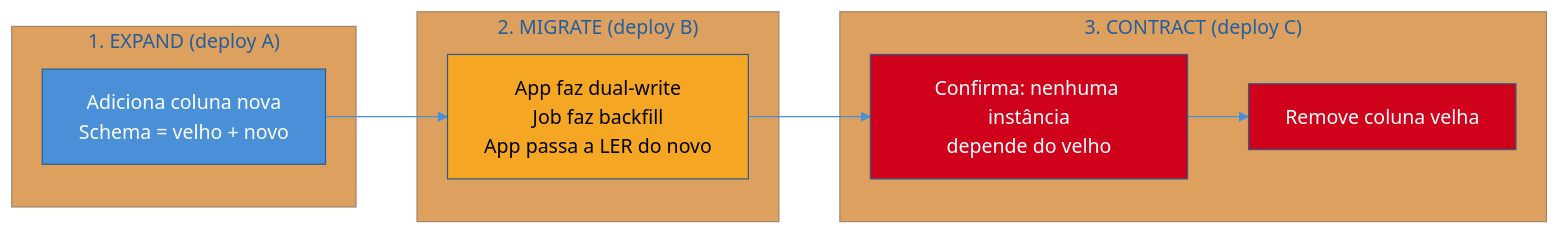
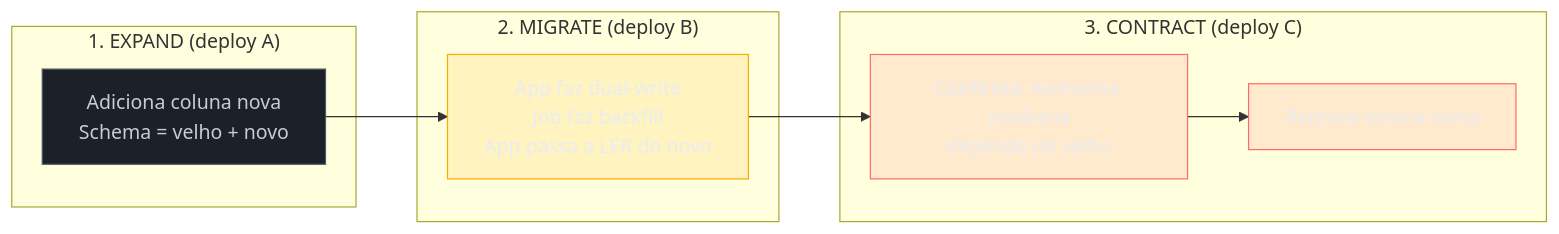
The second of 3 diagrams in 03-Dominios/Engenharia/Operação/2 - Entrega e release/04 - Migrations de banco em produção.md (josenaldo/codex-technomanticus), drawn with Mermaid before and after one commit. The commit also changed other lines of this file and 1181 other files, not shown here.

First line of the commit message:
fix(diagramas): paleta do sistema no lugar de cor cravada no markdown

````diff
--- a/03-Dominios/Engenharia/Operação/2 - Entrega e release/04 - Migrations de banco em produção.md
+++ b/03-Dominios/Engenharia/Operação/2 - Entrega e release/04 - Migrations de banco em produção.md
@@ -71,19 +70,21 @@
 ```mermaid
-%%{init: {"theme": "base", "themeVariables": {"primaryColor": "#4A90D9", "primaryBorderColor": "#2E5C8A", "lineColor": "#4A90D9"}}}%%
 graph LR
+    classDef neutro fill:#1B2029,stroke:#4E5666,color:#C6CCD8
+    classDef destaque fill:#FFAA0024,stroke:#FFAA00,color:#E9ECF2
+    classDef falha fill:#FF6B6B24,stroke:#FF6B6B,color:#E9ECF2
     subgraph E["1. EXPAND (deploy A)"]
         E1["Adiciona coluna nova<br/>Schema = velho + novo"]
     end
     subgraph M["2. MIGRATE (deploy B)"]
         M1["App faz dual-write<br/>Job faz backfill<br/>App passa a LER do novo"]
     end
     subgraph C["3. CONTRACT (deploy C)"]
         C1["Confirma: nenhuma instância<br/>depende do velho"]
         C2["Remove coluna velha"]
     end
     E1 --> M1 --> C1 --> C2
-    style E1 fill:#4A90D9,color:#fff
-    style M1 fill:#F5A623,color:#000
-    style C1 fill:#D0021B,color:#fff
-    style C2 fill:#D0021B,color:#fff
+    class E1 neutro
+    class M1 destaque
+    class C1 falha
+    class C2 falha
 ```
````
